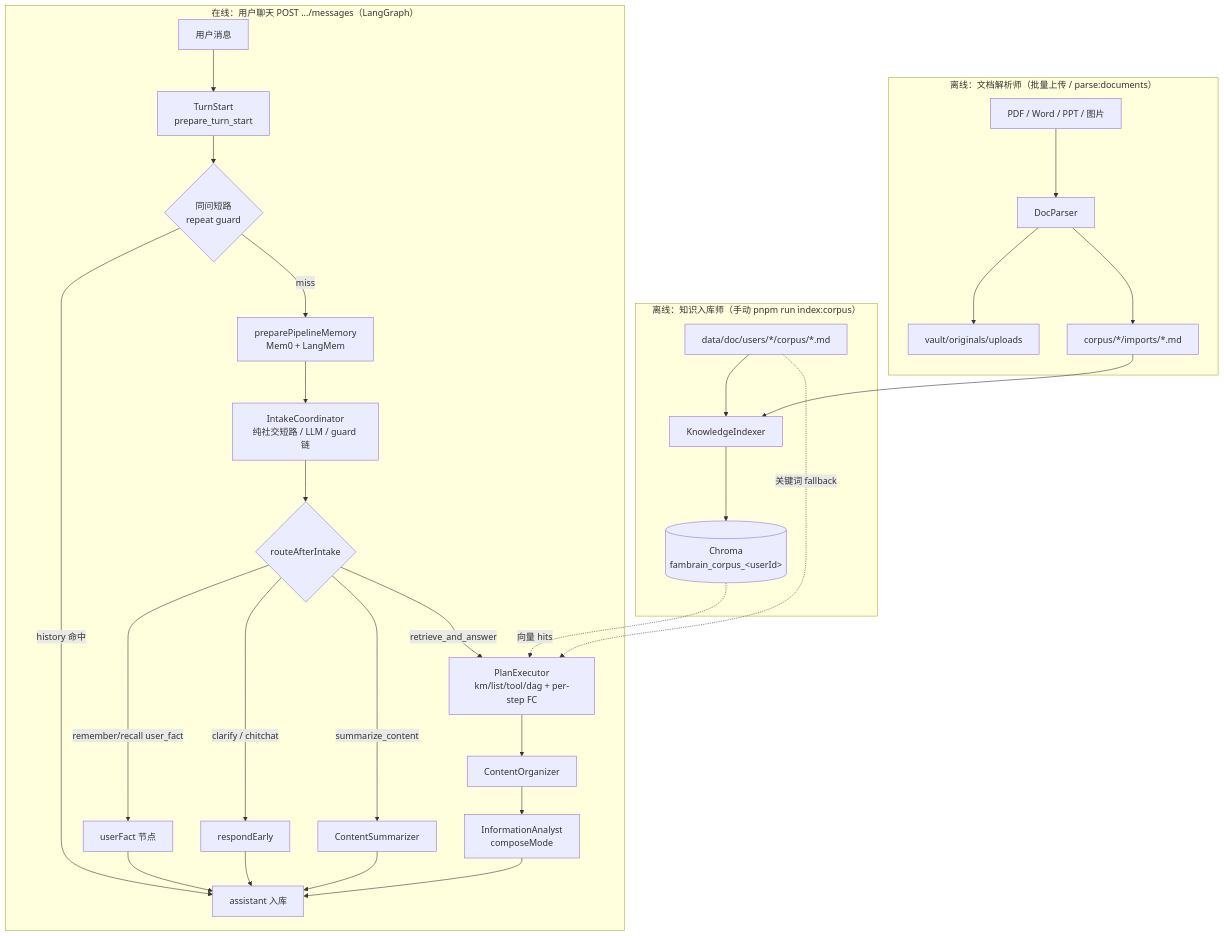
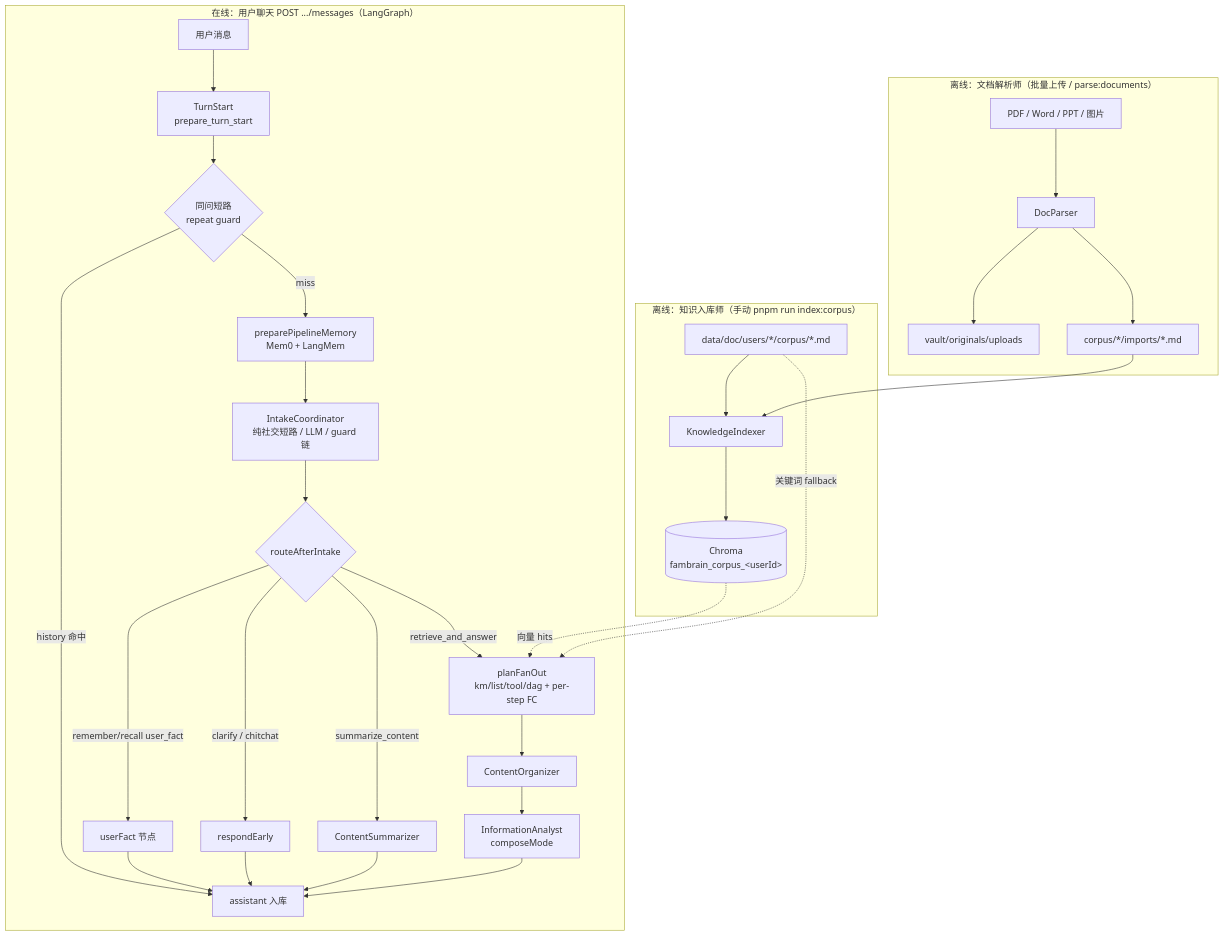
One commit to panzhanfei/agent changed the first of 13 diagrams in docs/02-agent-flows.md. Above: the diagram before and after it, drawn with Mermaid. The commit also changed other lines of this file and 81 other files, not shown here.

````diff
--- a/docs/02-agent-flows.md
+++ b/docs/02-agent-flows.md
@@ -40,42 +40,42 @@
 ```mermaid
 flowchart TB
   subgraph offline ["离线：知识入库师（手动 pnpm run index:corpus）"]
     MD["data/doc/users/*/corpus/*.md"]
     KI["KnowledgeIndexer"]
     CH[("Chroma<br/>fambrain_corpus_&lt;userId&gt;")]
     MD --> KI --> CH
   end
 
   subgraph ingest ["离线：文档解析师（批量上传 / parse:documents）"]
     UP["PDF / Word / PPT / 图片"]
     DP["DocParser"]
     VAULT["vault/originals/uploads"]
     IMP["corpus/*/imports/*.md"]
     UP --> DP
     DP --> VAULT
     DP --> IMP
     IMP --> KI
   end
 
   subgraph online ["在线：用户聊天 POST .../messages（LangGraph）"]
     U[用户消息] --> PT[TurnStart<br/>prepare_turn_start]
     PT --> REP{同问短路<br/>repeat guard}
     REP -->|history 命中| OUT[assistant 流式输出]
     REP -->|miss| MEM["preparePipelineMemory<br/>Mem0 + LangMem"]
     MEM --> IC[IntakeCoordinator<br/>纯社交短路 / LLM / guard 链]
     IC --> P{routeAfterIntake}
     P -->|remember/recall user_fact| UF[userFact 节点]
     P -->|clarify / chitchat| R1[respondEarly]
     P -->|summarize_content| SUM[ContentSummarizer]
-    P -->|retrieve_and_answer| PE[PlanExecutor<br/>km/list/tool/dag + per-step FC]
+    P -->|retrieve_and_answer| PE[planFanOut<br/>km/list/tool/dag + per-step FC]
     PE --> CO[ContentOrganizer]
     CO --> IA[InformationAnalyst<br/>composeMode]
     IA --> OUT[assistant 入库]
     UF --> OUT
     R1 --> OUT
     SUM --> OUT
   end
 
   CH -.->|向量 hits| PE
   MD -.->|关键词 fallback| PE
 ```
````
